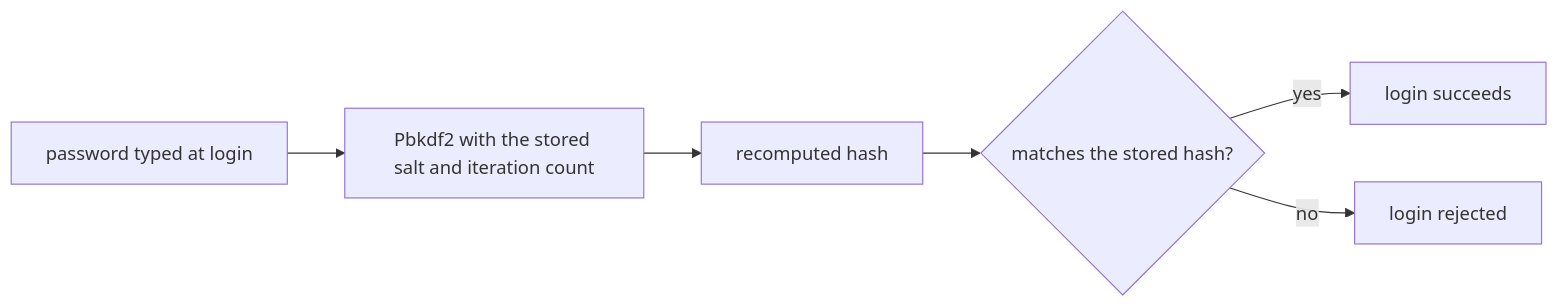
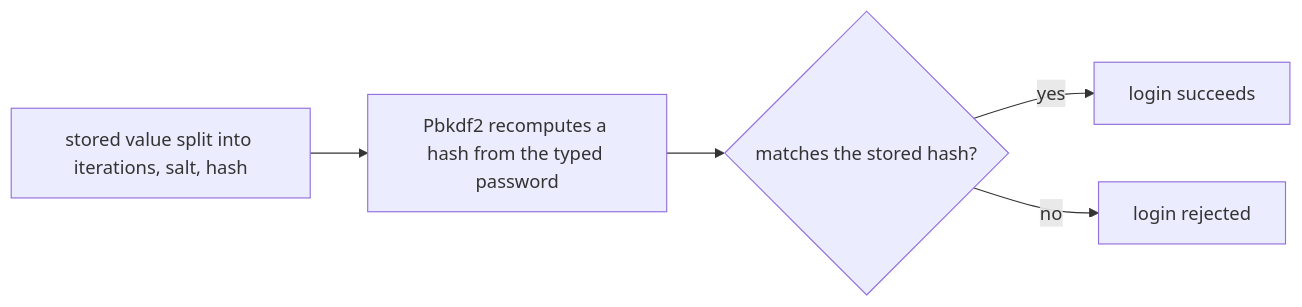
The diagram in content/tracks/backend/auth-basics/backend.l1.hashing-passwords.en.md (duyan11110/lo-trinh-architect), drawn with Mermaid before and after one commit. The commit also changed other lines of this file and 3 other files, not shown here.

````diff
--- a/content/tracks/backend/auth-basics/backend.l1.hashing-passwords.en.md
+++ b/content/tracks/backend/auth-basics/backend.l1.hashing-passwords.en.md
@@ -41,8 +41,7 @@
 ```mermaid
 flowchart LR
-  A[password typed at login] --> B[Pbkdf2 with the stored salt and iteration count]
-  B --> C[recomputed hash]
-  C --> D{matches the stored hash?}
-  D -->|yes| E[login succeeds]
-  D -->|no| F[login rejected]
+  A[stored value split into iterations, salt, hash] --> B[Pbkdf2 recomputes a hash from the typed password]
+  B --> C{matches the stored hash?}
+  C -->|yes| D[login succeeds]
+  C -->|no| E[login rejected]
 ```
````
